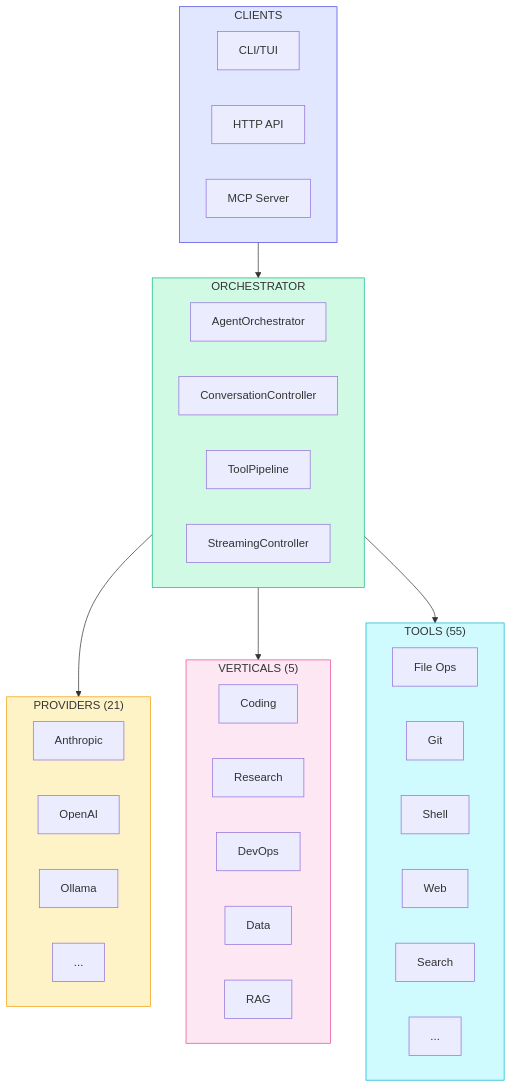
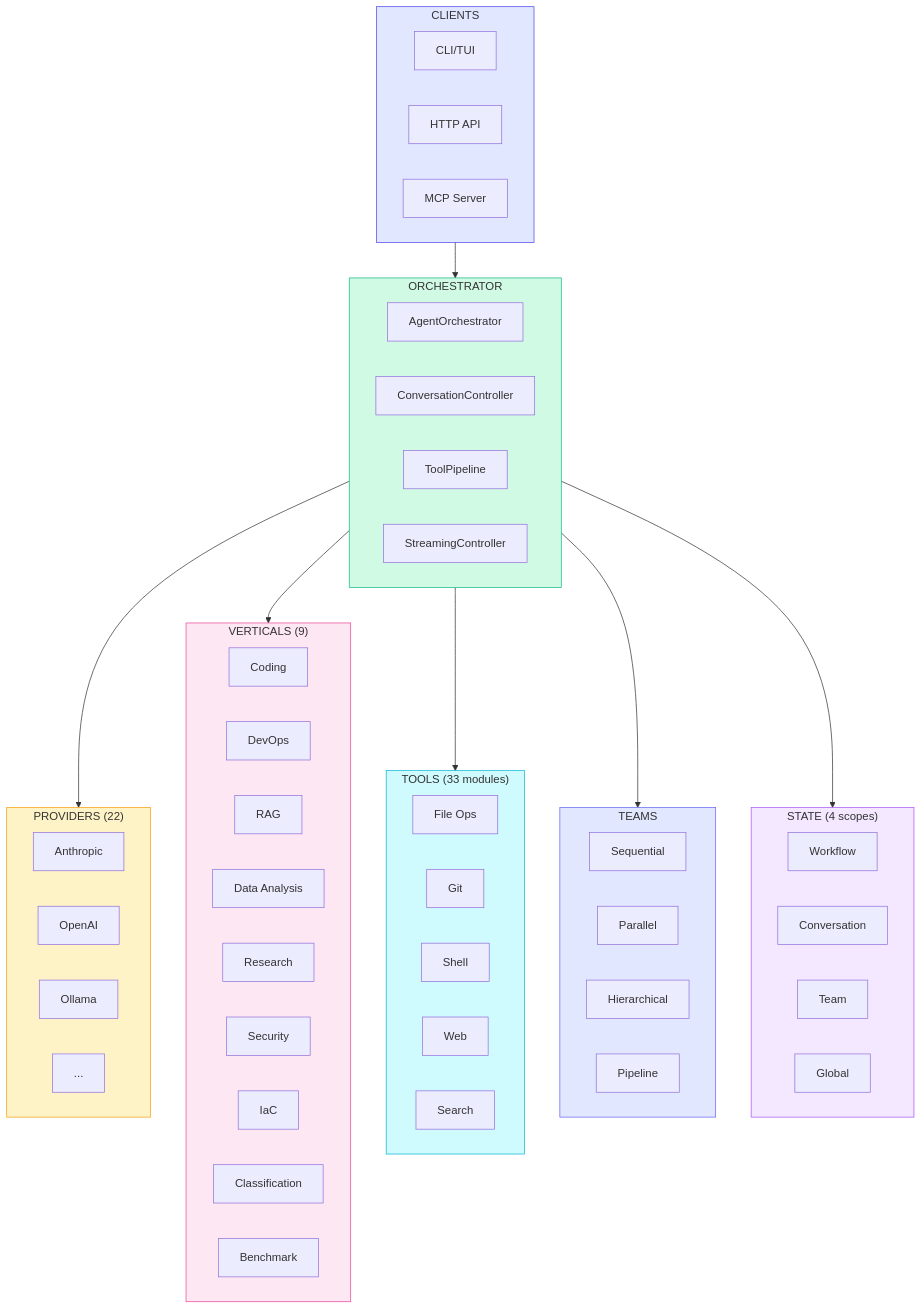
Before and after one commit to vjsingh1984/victor: the diagram in docs/development/architecture/overview.md, drawn with Mermaid. The commit also changed other lines of this file and 35 other files, not shown here.

````diff
--- a/docs/development/architecture/overview.md
+++ b/docs/development/architecture/overview.md
@@ -7,50 +7,71 @@
 ```mermaid
 flowchart TB
     subgraph Clients["CLIENTS"]
         CLI["CLI/TUI"]
         HTTP["HTTP API"]
         MCP["MCP Server"]
     end
 
     subgraph Core["ORCHESTRATOR"]
         ORCH["AgentOrchestrator"]
         CONV["ConversationController"]
         TOOL["ToolPipeline"]
         STRM["StreamingController"]
     end
 
-    subgraph Providers["PROVIDERS (21)"]
+    subgraph Providers["PROVIDERS (22)"]
         ANT["Anthropic"]
         OAI["OpenAI"]
         OLL["Ollama"]
         MORE["..."]
     end
 
-    subgraph Verticals["VERTICALS (5)"]
+    subgraph Verticals["VERTICALS (9)"]
         COD["Coding"]
+        DEV["DevOps"]
+        RAG["RAG"]
+        DAT["Data Analysis"]
         RES["Research"]
-        DEV["DevOps"]
-        DAT["Data"]
-        RAG["RAG"]
+        SEC["Security"]
+        IAC["IaC"]
+        CLS["Classification"]
+        BEN["Benchmark"]
     end
 
-    subgraph Tools["TOOLS (55)"]
+    subgraph Tools["TOOLS (33 modules)"]
         FILE["File Ops"]
         GIT["Git"]
         SHELL["Shell"]
         WEB["Web"]
         SEARCH["Search"]
-        MORE2["..."]
+    end
+
+    subgraph Teams["TEAMS"]
+        SEQ["Sequential"]
+        PAR["Parallel"]
+        HIER["Hierarchical"]
+        PIPE["Pipeline"]
+    end
+
+    subgraph State["STATE (4 scopes)"]
+        WFS["Workflow"]
+        CONVS["Conversation"]
+        TMS["Team"]
+        GLS["Global"]
     end
 
     Clients --> Core
     Core --> Providers
     Core --> Verticals
     Core --> Tools
+    Core --> Teams
+    Core --> State
 
     style Clients fill:#e0e7ff,stroke:#4f46e5
     style Core fill:#d1fae5,stroke:#10b981
     style Providers fill:#fef3c7,stroke:#f59e0b
     style Verticals fill:#fce7f3,stroke:#ec4899
     style Tools fill:#cffafe,stroke:#06b6d4
+    style Teams fill:#e0e7ff,stroke:#6366f1
+    style State fill:#f3e8ff,stroke:#a855f7
 ```
````
